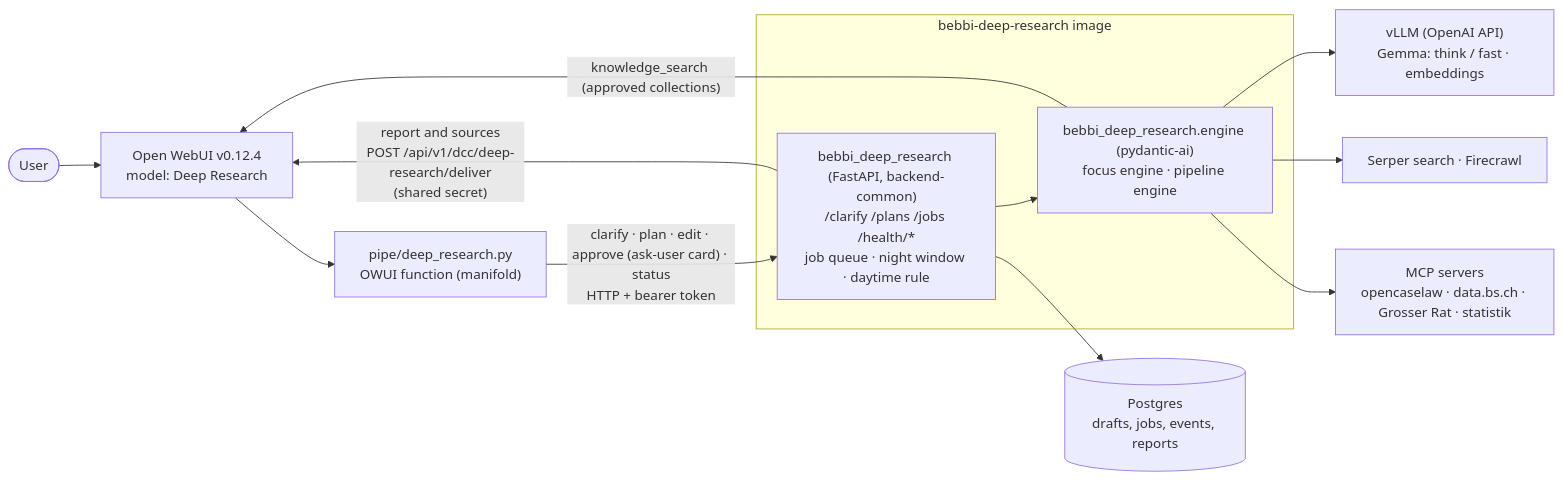
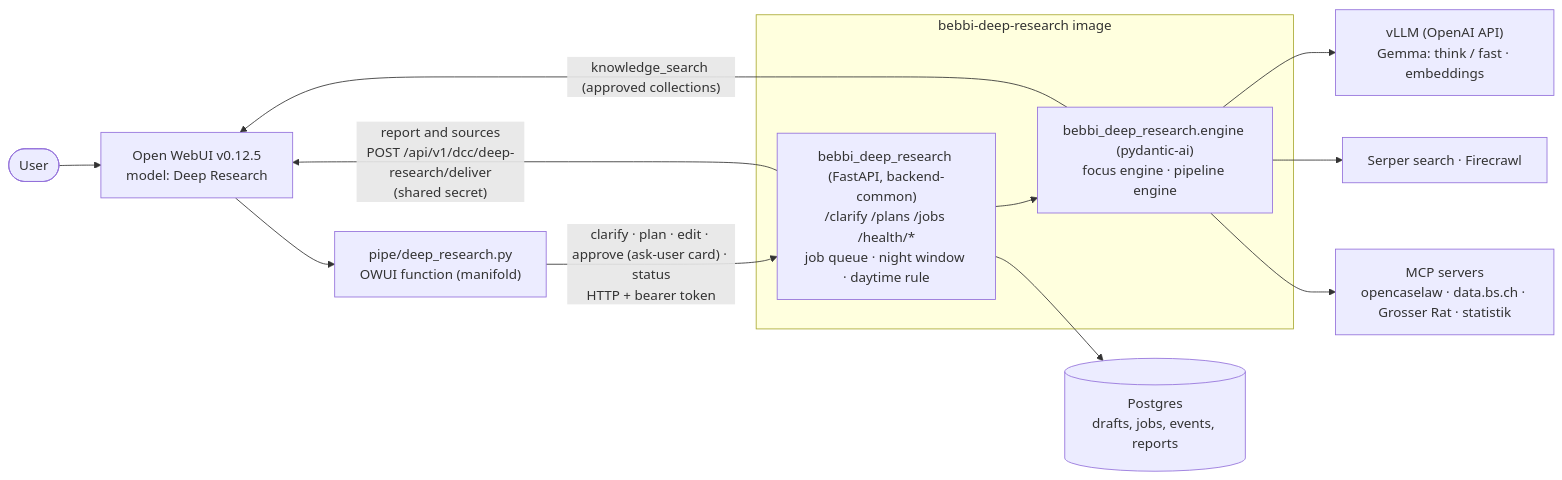
The diagram in README.md (DCC-BS/bebbi-deep-research), drawn with Mermaid before and after one commit. The commit also changed other lines of this file and 3 other files, not shown here.

First line of the commit message:
Open WebUI 0.12.5: stack pins and integration re-run (#24)

````diff
--- a/README.md
+++ b/README.md
@@ -14,19 +14,19 @@
 ```mermaid
 flowchart LR
-    user([User]) --> owui["Open WebUI v0.12.4<br/>model: Deep Research"]
+    user([User]) --> owui["Open WebUI v0.12.5<br/>model: Deep Research"]
     owui --> pipe["pipe/deep_research.py<br/>OWUI function (manifold)"]
     pipe -- "clarify · plan · edit · approve (ask-user card) · status<br/>HTTP + bearer token" --> svc
     svc -- "report and sources<br/>POST /api/v1/dcc/deep-research/deliver<br/>(shared secret)" --> owui
 
     subgraph svc_box ["bebbi-deep-research image"]
         svc["bebbi_deep_research (FastAPI, backend-common)<br/>/clarify /plans /jobs /health/*<br/>job queue · night window · daytime rule"]
         engine["bebbi_deep_research.engine (pydantic-ai)<br/>focus engine · pipeline engine"]
         svc --> engine
     end
 
     svc --> pg[("Postgres<br/>drafts, jobs, events, reports")]
     engine --> llm["vLLM (OpenAI API)<br/>Gemma: think / fast · embeddings"]
     engine --> web["Serper search · Firecrawl"]
     engine --> mcp["MCP servers<br/>opencaselaw · data.bs.ch · Grosser Rat · statistik"]
     engine -- "knowledge_search (approved collections)" --> owui
 ```
````
